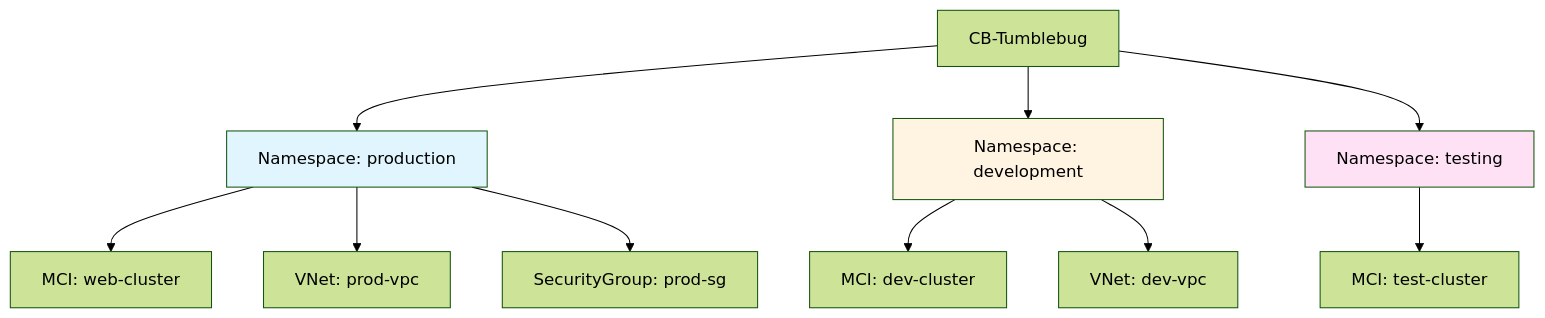
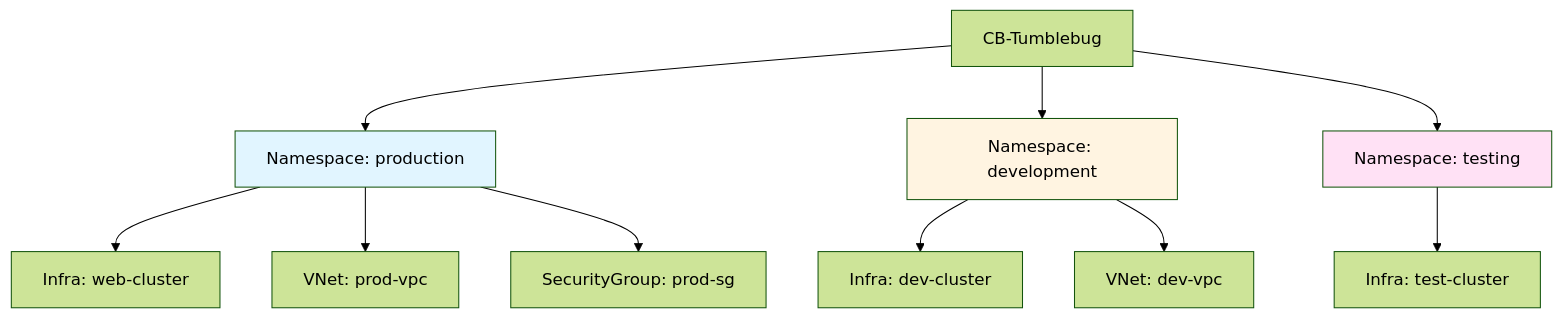
One commit to cloud-barista/cb-tumblebug changed the first of 10 diagrams in docs/feature_guide/namespace-and-resource-identity.md. Above: the diagram before and after it, drawn with Mermaid (forest theme). The commit also changed other lines of this file and 197 other files, not shown here.

````diff
--- a/docs/feature_guide/namespace-and-resource-identity.md
+++ b/docs/feature_guide/namespace-and-resource-identity.md
@@ -19,24 +19,24 @@
 ```mermaid
 graph TB
     TB[CB-Tumblebug]
     NS1[Namespace: production]
     NS2[Namespace: development]
     NS3[Namespace: testing]
     
     TB --> NS1
     TB --> NS2
     TB --> NS3
     
-    NS1 --> MCI1[MCI: web-cluster]
+    NS1 --> Infra1[Infra: web-cluster]
     NS1 --> VNET1[VNet: prod-vpc]
     NS1 --> SG1[SecurityGroup: prod-sg]
     
-    NS2 --> MCI2[MCI: dev-cluster]
+    NS2 --> Infra2[Infra: dev-cluster]
     NS2 --> VNET2[VNet: dev-vpc]
     
-    NS3 --> MCI3[MCI: test-cluster]
+    NS3 --> Infra3[Infra: test-cluster]
     
     style NS1 fill:#e1f5ff
     style NS2 fill:#fff4e1
     style NS3 fill:#ffe1f5
 ```
````
